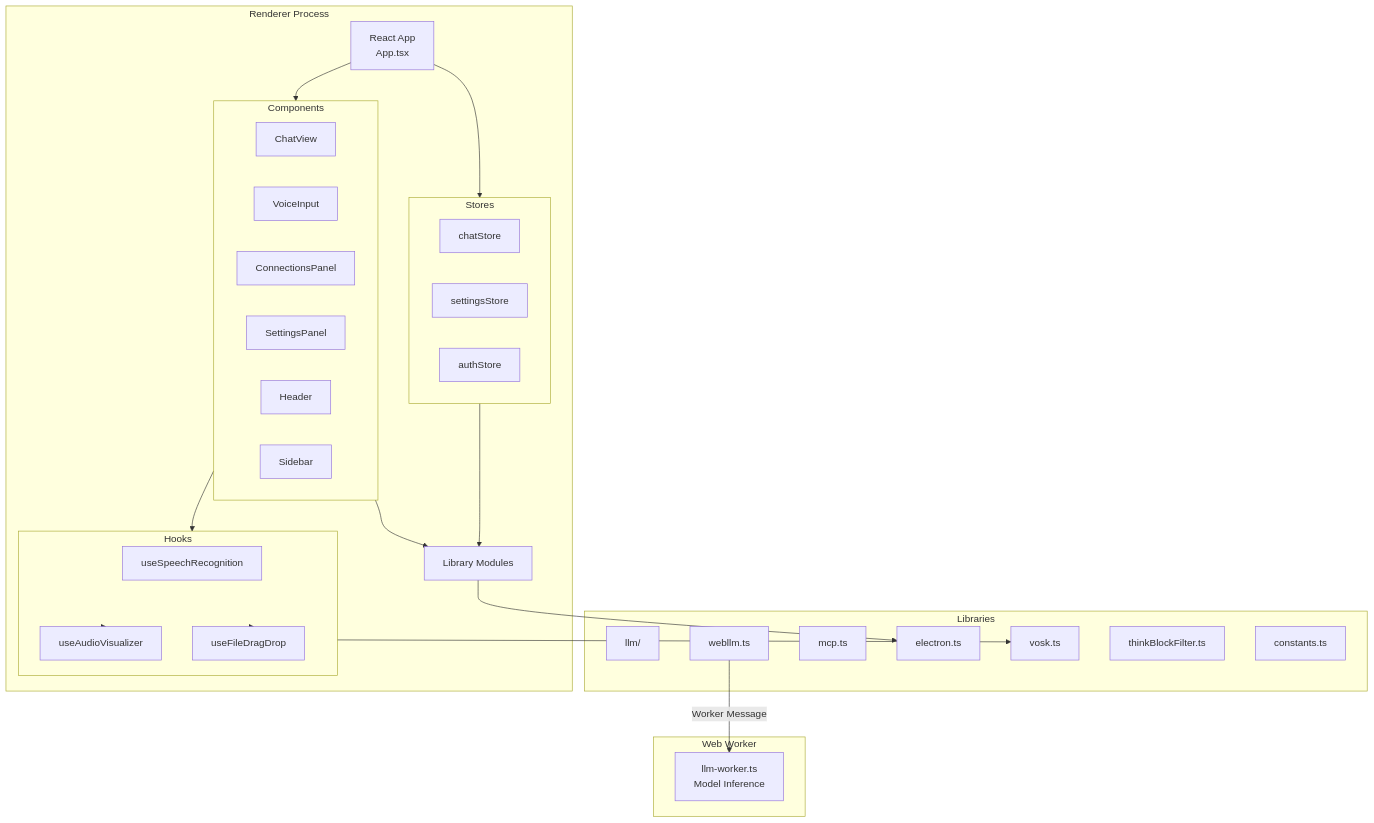
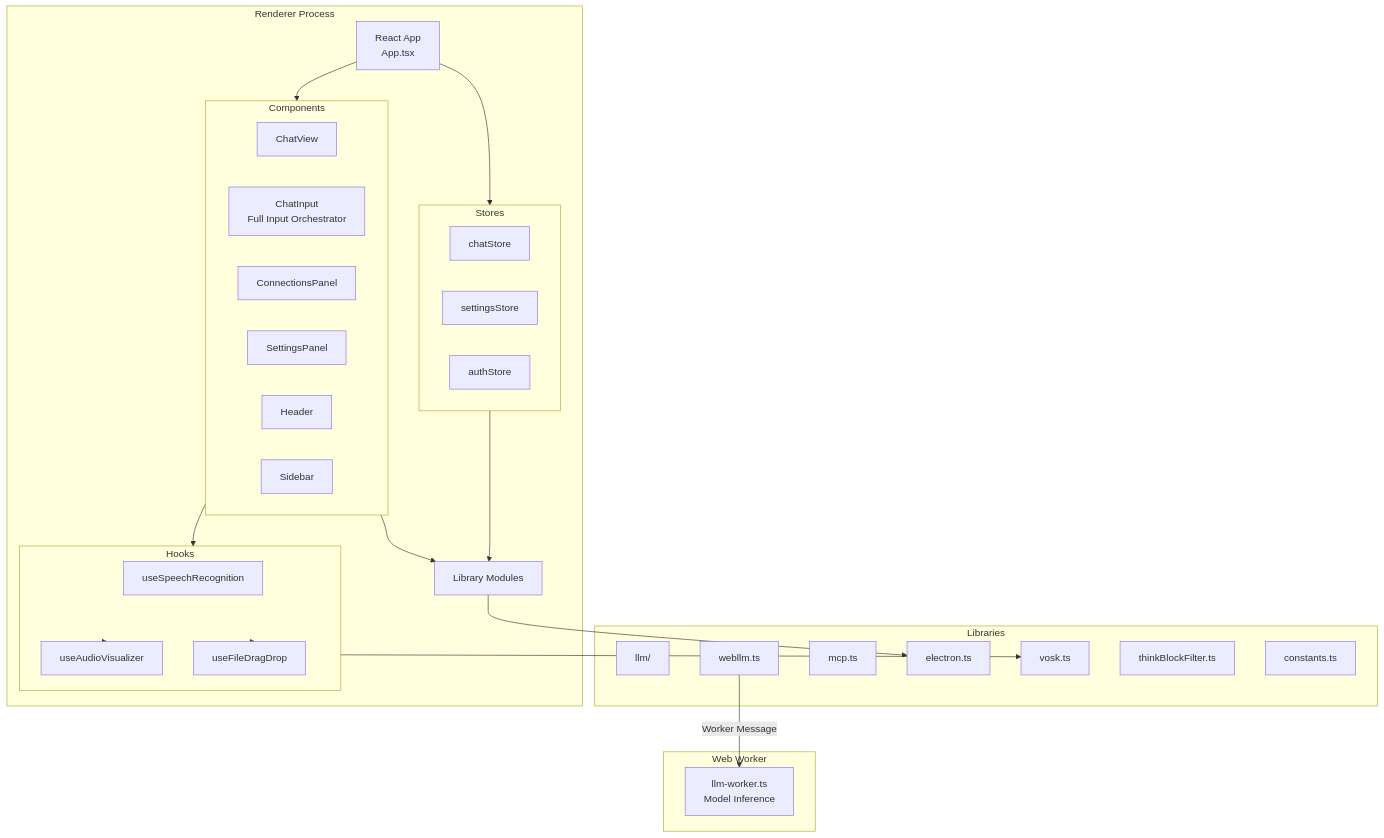
The fourth of 32 diagrams in architecture.md (meharajM/ai-worker.app), drawn with Mermaid before and after one commit. The commit also changed other lines of this file and 8 other files, not shown here.

````diff
--- a/architecture.md
+++ b/architecture.md
@@ -146,57 +152,57 @@
 ```mermaid
 graph TB
     subgraph "Renderer Process"
         ReactApp[React App<br/>App.tsx]
         Components[UI Components]
         Stores[Zustand Stores]
         Lib[Library Modules]
         Hooks[Custom Hooks]
     end
 
     subgraph "Components"
         ChatView[ChatView]
-        VoiceInput[VoiceInput]
+        ChatInputComp[ChatInput<br/>Full Input Orchestrator]
         ConnectionsPanel[ConnectionsPanel]
         SettingsPanel[SettingsPanel]
         Header[Header]
         Sidebar[Sidebar]
     end
 
     subgraph "Stores"
         ChatStore[chatStore]
         SettingsStore[settingsStore]
         AuthStore[authStore]
     end
 
     subgraph "Libraries"
         LLMLib[llm/]
         WebLLMLib[webllm.ts]
         MCPLib[mcp.ts]
         ElectronLib[electron.ts]
         VoskLib[vosk.ts]
         ThinkFilter[thinkBlockFilter.ts]
         Constants[constants.ts]
     end
 
     subgraph "Hooks"
          UseSpeech[useSpeechRecognition]
          UseVisualizer[useAudioVisualizer]
          UseDragDrop[useFileDragDrop]
     end
 
     ReactApp --> Components
     ReactApp --> Stores
     Components --> Lib
     Components --> Hooks
     Hooks --> VoskLib
     Hooks --> UseVisualizer
     Hooks --> UseDragDrop
     Stores --> Lib
     Lib --> ElectronLib
     
     subgraph "Web Worker"
         LLMWorker[llm-worker.ts<br/>Model Inference]
     end
     
     WebLLMLib -->|Worker Message| LLMWorker
 ```
````
